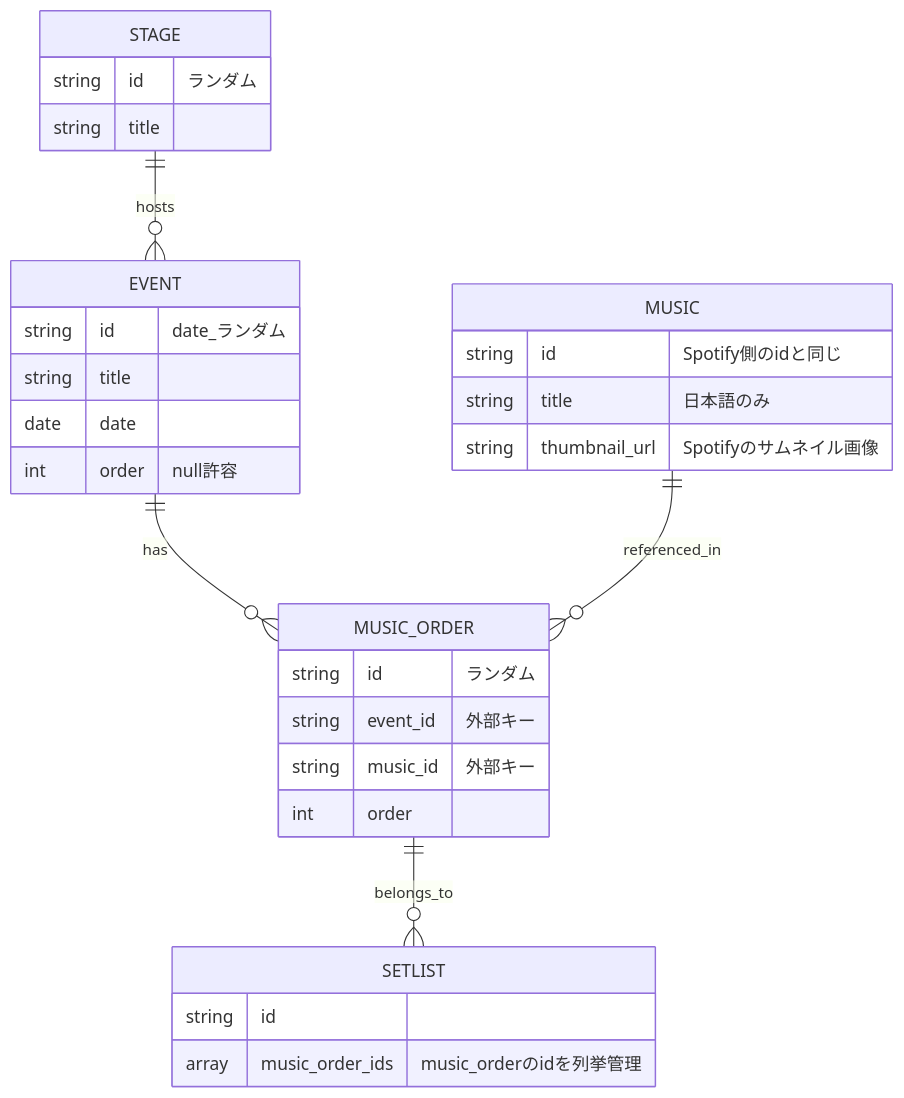
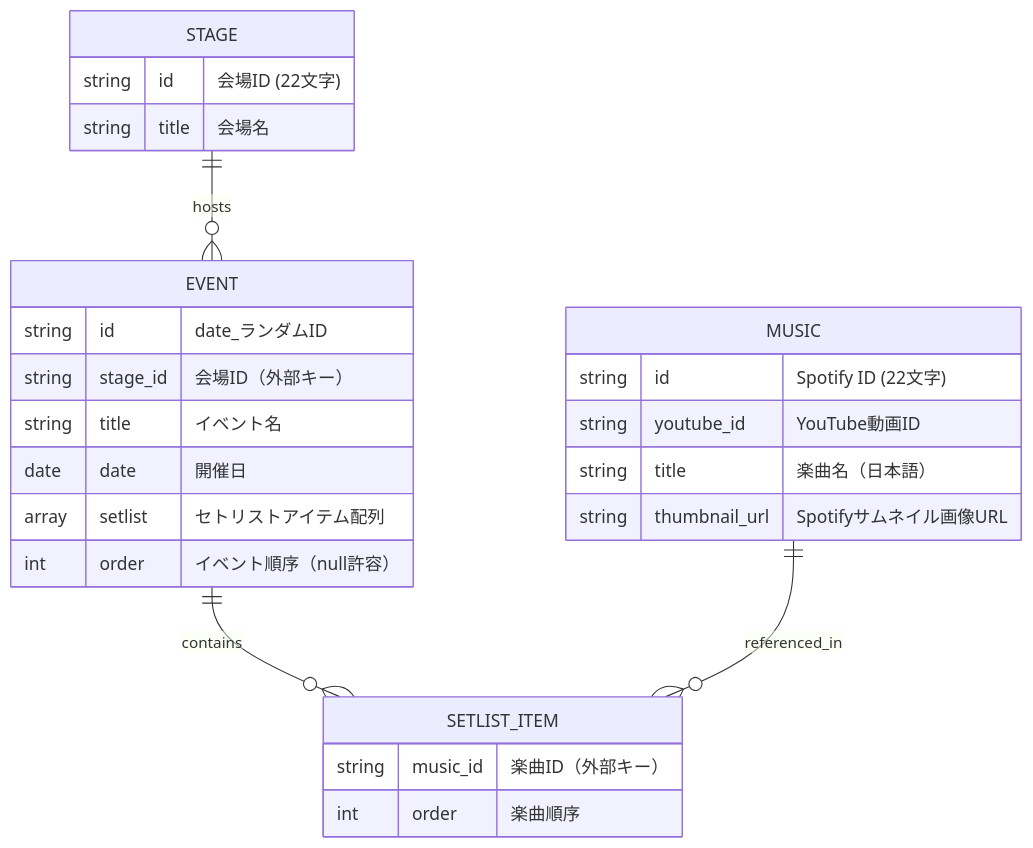
The diagram in docs/spec.md (r0227n/xinxin_setlist), drawn with Mermaid before and after one commit. The commit also changed other lines of this file, not shown here.

````diff
--- a/docs/spec.md
+++ b/docs/spec.md
@@ -64,38 +59,33 @@
 ```mermaid
 erDiagram
     MUSIC {
-        string id "Spotify側のidと同じ"
-        string title "日本語のみ"
-        string thumbnail_url "Spotifyのサムネイル画像"
+        string id "Spotify ID (22文字)"
+        string youtube_id "YouTube動画ID"
+        string title "楽曲名（日本語）"
+        string thumbnail_url "Spotifyサムネイル画像URL"
     }
 
     STAGE {
-        string id "ランダム"
-        string title
+        string id "会場ID (22文字)"
+        string title "会場名"
     }
 
     EVENT {
-        string id "date_ランダム"
-        string title
-        date date
-        int order "null許容"
+        string id "date_ランダムID"
+        string stage_id "会場ID（外部キー）"
+        string title "イベント名"
+        date date "開催日"
+        array setlist "セトリストアイテム配列"
+        int order "イベント順序（null許容）"
     }
 
-    MUSIC_ORDER {
-        string id "ランダム"
-        string event_id "外部キー"
-        string music_id "外部キー"
-        int order
-    }
-
-    SETLIST {
-        string id
-        array music_order_ids "music_orderのidを列挙管理"
+    SETLIST_ITEM {
+        string music_id "楽曲ID（外部キー）"
+        int order "楽曲順序"
     }
 
     %% 関係性
-    EVENT ||--o{ MUSIC_ORDER : "has"
-    MUSIC ||--o{ MUSIC_ORDER : "referenced_in"
-    MUSIC_ORDER ||--o{ SETLIST : "belongs_to"
     STAGE ||--o{ EVENT : "hosts"
+    EVENT ||--o{ SETLIST_ITEM : "contains"
+    MUSIC ||--o{ SETLIST_ITEM : "referenced_in"
 ```
````
